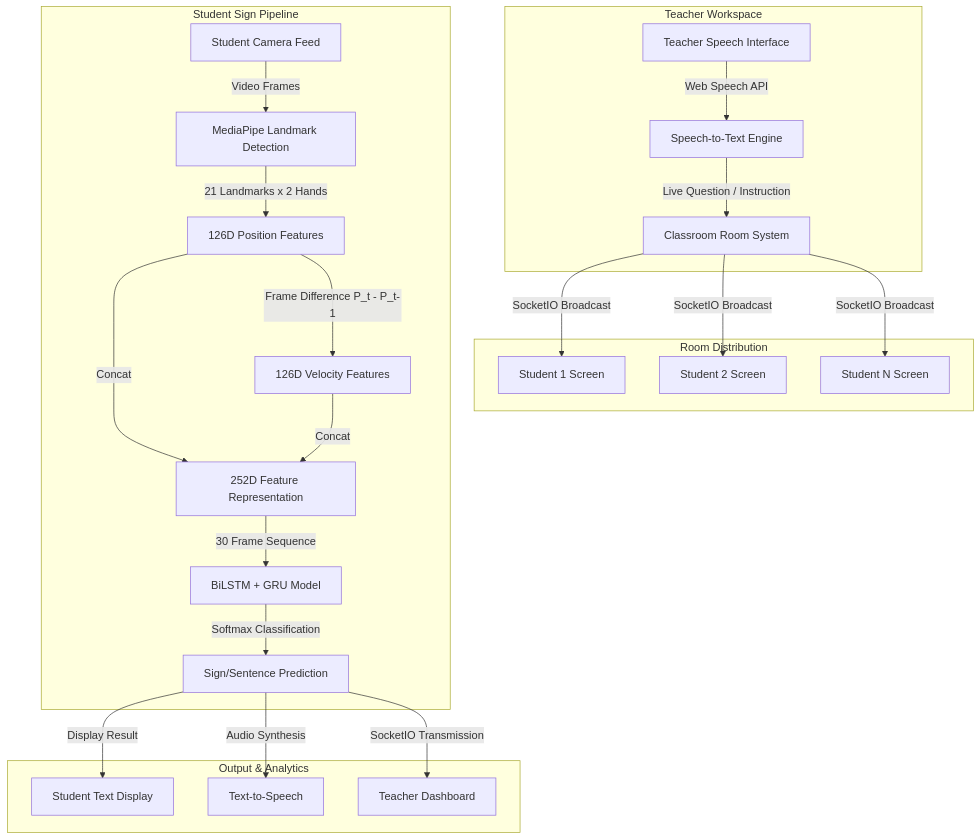
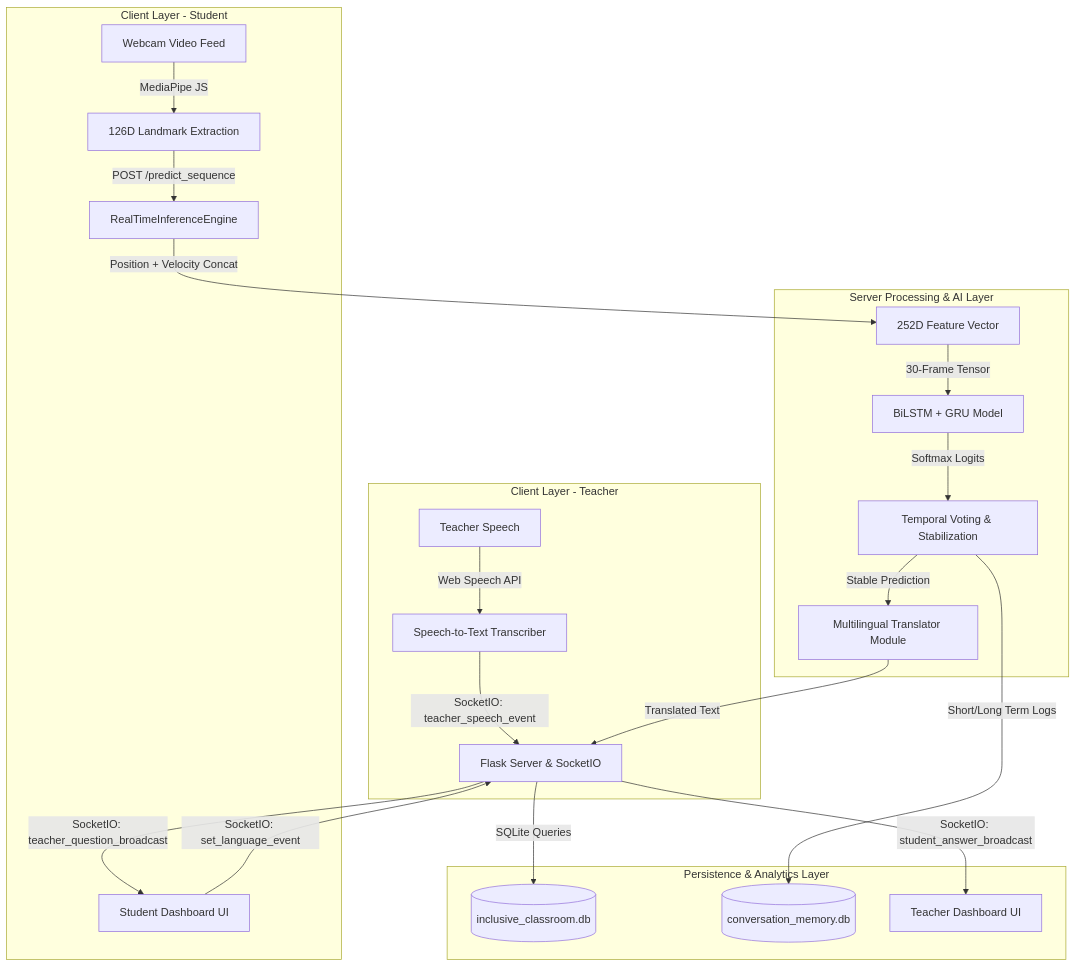
One commit to Gireesh169/SIGN_AI changed the diagram in README.md. Above: the diagram before and after it, drawn with Mermaid. The commit also changed other lines of this file, not shown here.

````diff
--- a/README.md
+++ b/README.md
@@ -91,28 +103,28 @@
 ```mermaid
 graph TD
-    subgraph Teacher Workspace
-        A[Teacher Speech Interface] -->|Web Speech API| B[Speech-to-Text Engine]
-        B -->|Live Question / Instruction| C[Classroom Room System]
+    subgraph Client Layer - Teacher
+        A[Teacher Speech] -->|Web Speech API| B[Speech-to-Text Transcriber]
+        B -->|SocketIO: teacher_speech_event| C[Flask Server & SocketIO]
     end
 
-    subgraph Room Distribution
-        C -->|SocketIO Broadcast| D1[Student 1 Screen]
-        C -->|SocketIO Broadcast| D2[Student 2 Screen]
-        C -->|SocketIO Broadcast| DN[Student N Screen]
+    subgraph Client Layer - Student
+        D[Webcam Video Feed] -->|MediaPipe JS| E[126D Landmark Extraction]
+        E -->|POST /predict_sequence| F[RealTimeInferenceEngine]
+        C -->|SocketIO: teacher_question_broadcast| G[Student Dashboard UI]
+        G -->|SocketIO: set_language_event| C
     end
 
-    subgraph Student Sign Pipeline
-        E[Student Camera Feed] -->|Video Frames| F[MediaPipe Landmark Detection]
-        F -->|21 Landmarks x 2 Hands| G[126D Position Features]
-        G -->|Frame Difference P_t - P_t-1| H[126D Velocity Features]
-        G & H -->|Concat| I[252D Feature Representation]
-        I -->|30 Frame Sequence| J[BiLSTM + GRU Model]
-        J -->|Softmax Classification| K[Sign/Sentence Prediction]
+    subgraph Server Processing & AI Layer
+        F -->|Position + Velocity Concat| H[252D Feature Vector]
+        H -->|30-Frame Tensor| I[BiLSTM + GRU Model]
+        I -->|Softmax Logits| J[Temporal Voting & Stabilization]
+        J -->|Stable Prediction| K[Multilingual Translator Module]
+        K -->|Translated Text| C
     end
 
-    subgraph Output & Analytics
-        K -->|Display Result| L[Student Text Display]
-        K -->|Audio Synthesis| M[Text-to-Speech]
-        K -->|SocketIO Transmission| N[Teacher Dashboard]
+    subgraph Persistence & Analytics Layer
+        C -->|SQLite Queries| L[(inclusive_classroom.db)]
+        J -->|Short/Long Term Logs| M[(conversation_memory.db)]
+        C -->|SocketIO: student_answer_broadcast| N[Teacher Dashboard UI]
     end
 ```
````
